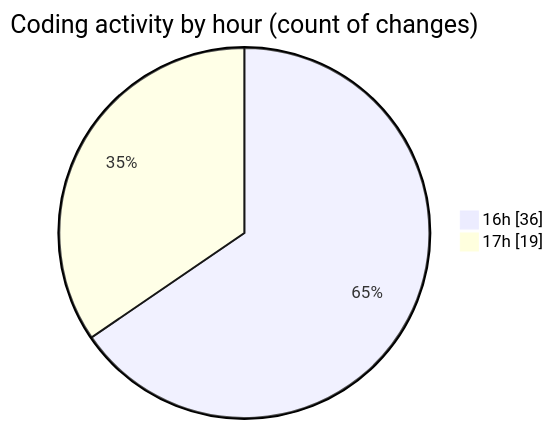
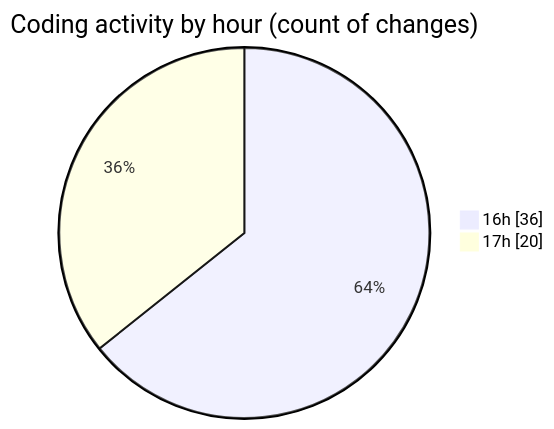
One commit to robertbonfada/code-tracking changed the second of 2 diagrams in 2025-03-11/mbc-web/README.md. Above: the diagram before and after it, drawn with Mermaid. The commit also changed other lines of this file and 1 other file, not shown here.

````diff
--- a/2025-03-11/mbc-web/README.md
+++ b/2025-03-11/mbc-web/README.md
@@ -39,6 +40,6 @@
 ```mermaid
 pie showData
 title Coding activity by hour (count of changes)
 "16h" : 36
-"17h" : 19
+"17h" : 20
 ```
````
